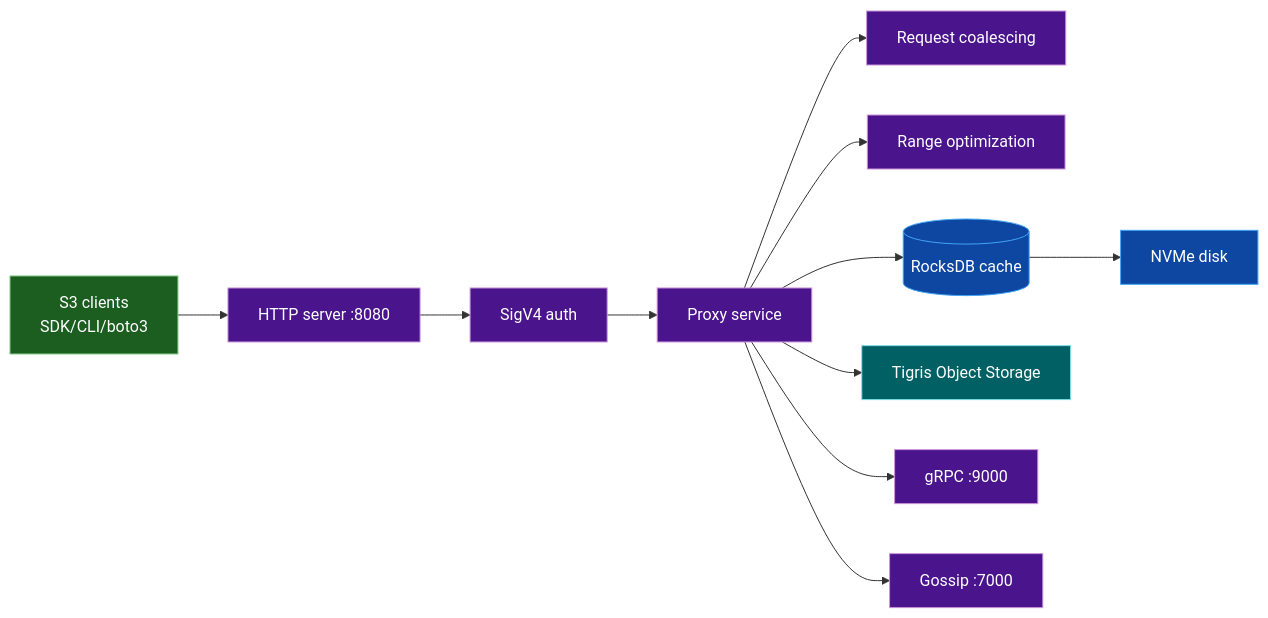
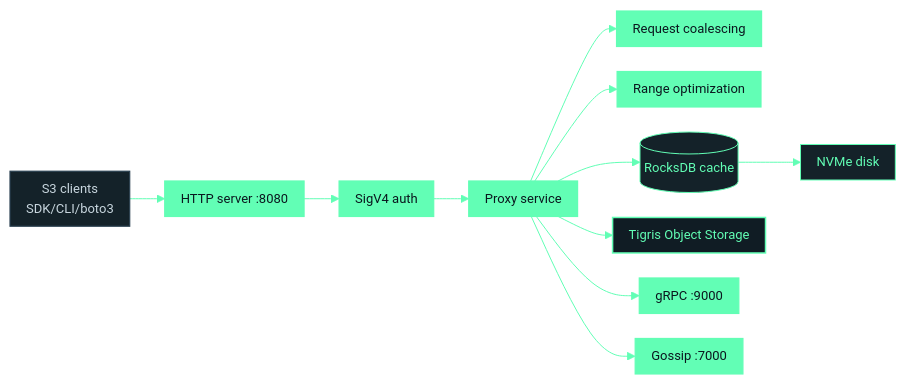
Before and after one commit to tigrisdata/tigris-os-docs: the fourth of 4 diagrams in docs/acceleration-gateway/index.mdx, drawn with Mermaid. The commit also changed other lines of this file and 2 other files, not shown here.

First line of the commit message:
style: match mermaid diagrams to TAG lander diagram styling

`````diff
--- a/docs/acceleration-gateway/index.mdx
+++ b/docs/acceleration-gateway/index.mdx
@@ -219,18 +222,19 @@
 ```mermaid
+%%{init: {'theme': 'base', 'flowchart': {'padding': 8, 'nodeSpacing': 25, 'rankSpacing': 35}, 'themeVariables': {'primaryColor': '#142229', 'primaryTextColor': '#c8d6de', 'primaryBorderColor': '#1e3340', 'lineColor': '#62FEB5', 'secondaryColor': '#101c24', 'tertiaryColor': '#0e1920', 'edgeLabelBackground': 'transparent', 'clusterBkg': '#0e1920', 'clusterBorder': '#1e3340', 'fontFamily': 'sans-serif', 'fontSize': '13px', 'background': '#0e1920', 'textColor': '#8fa3b0', 'nodeBorder': '#1e3340'}}}%%
 flowchart LR
-    classDef client fill:#1b5e20,stroke:#81c784,color:#fff
-    classDef tag fill:#4a148c,stroke:#ce93d8,color:#fff
-    classDef cache fill:#0d47a1,stroke:#42a5f5,color:#fff
-    classDef upstream fill:#006064,stroke:#80deea,color:#fff
+    classDef client fill:#142229,stroke:#2a4050,color:#c8d6de,stroke-width:1.2px
+    classDef tag fill:#62FEB5,stroke:#62FEB5,color:#0A171E,stroke-width:1.2px
+    classDef cache fill:#142229,stroke:#62FEB5,color:#62FEB5,stroke-width:1px
+    classDef upstream fill:#101c24,stroke:#62FEB5,color:#62FEB5,stroke-width:1.5px
 
     C[S3 clients<br/>SDK/CLI/boto3]:::client --> H[HTTP server :8080]:::tag
     H --> A[SigV4 auth]:::tag
     A --> P[Proxy service]:::tag
     P --> R[Request coalescing]:::tag
     P --> G[Range optimization]:::tag
     P --> K[(RocksDB cache)]:::cache
     K --> D[NVMe disk]:::cache
     P --> U[Tigris Object Storage]:::upstream
     P --> X[gRPC :9000]:::tag
     P --> M[Gossip :7000]:::tag
 ````
`````
